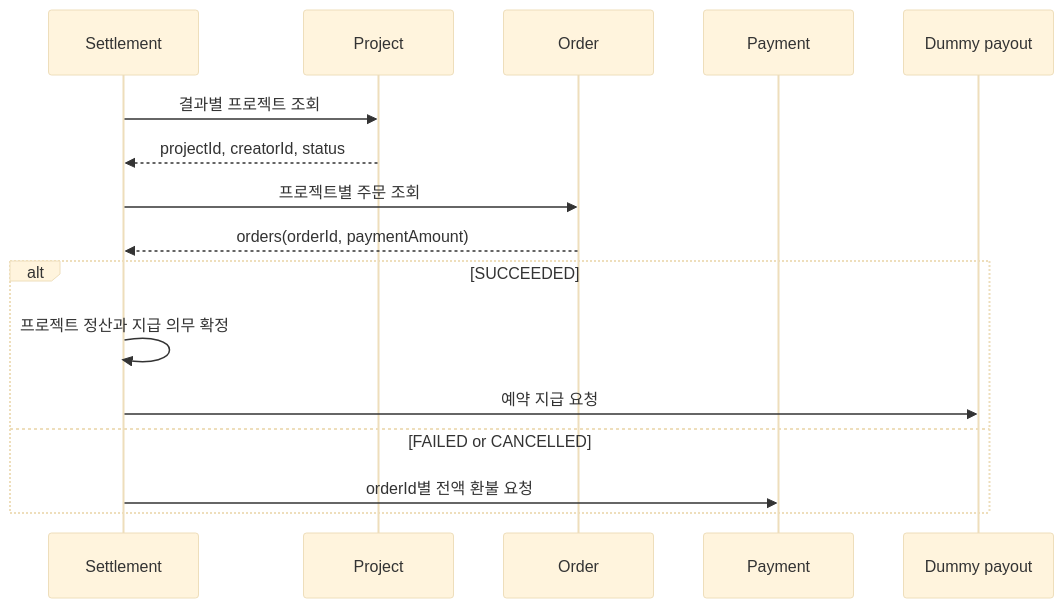
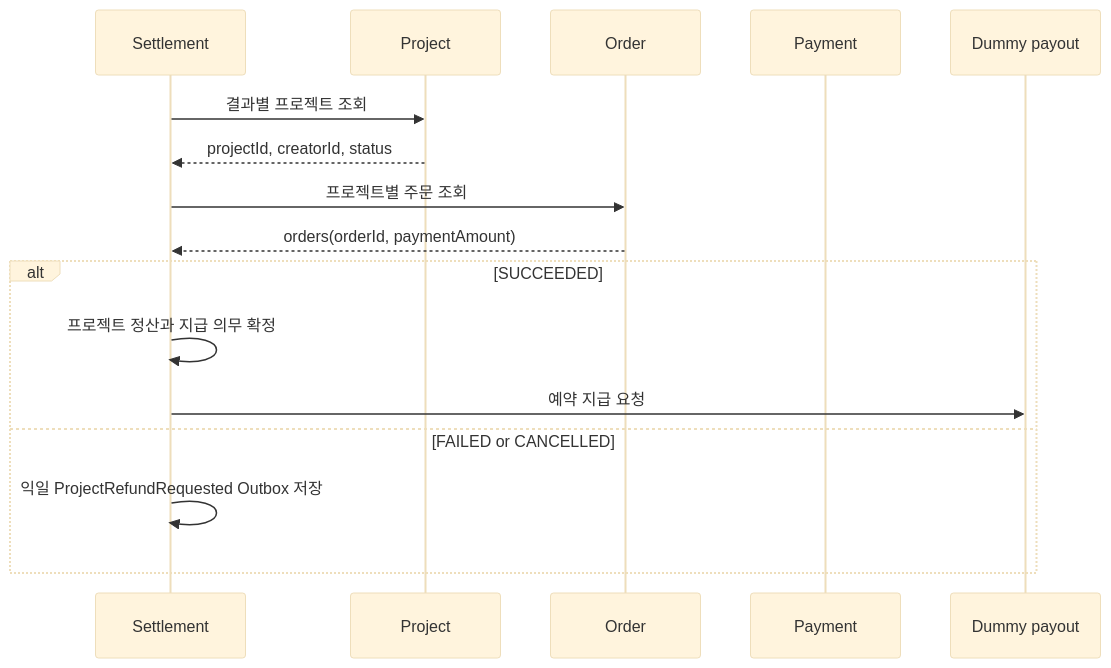
Before and after one commit to prgrms-be-adv-devcourse/beadv7_7_earlybird_BE: the diagram in settlement-service/README.md, drawn with Mermaid (base theme). The commit also changed other lines of this file and 1 other file, not shown here.

Commit message:
docs: batch 환불 Outbox 설정 반영

````diff
--- a/settlement-service/README.md
+++ b/settlement-service/README.md
@@ -15,19 +15,19 @@
 ```mermaid
 sequenceDiagram
     participant S as Settlement
     participant P as Project
     participant O as Order
     participant Pay as Payment
     participant PG as Dummy payout
 
     S->>P: 결과별 프로젝트 조회
     P-->>S: projectId, creatorId, status
     S->>O: 프로젝트별 주문 조회
     O-->>S: orders(orderId, paymentAmount)
     alt SUCCEEDED
         S->>S: 프로젝트 정산과 지급 의무 확정
         S->>PG: 예약 지급 요청
     else FAILED or CANCELLED
-        S->>Pay: orderId별 전액 환불 요청
+        S->>S: 익일 ProjectRefundRequested Outbox 저장
     end
 ```
````
